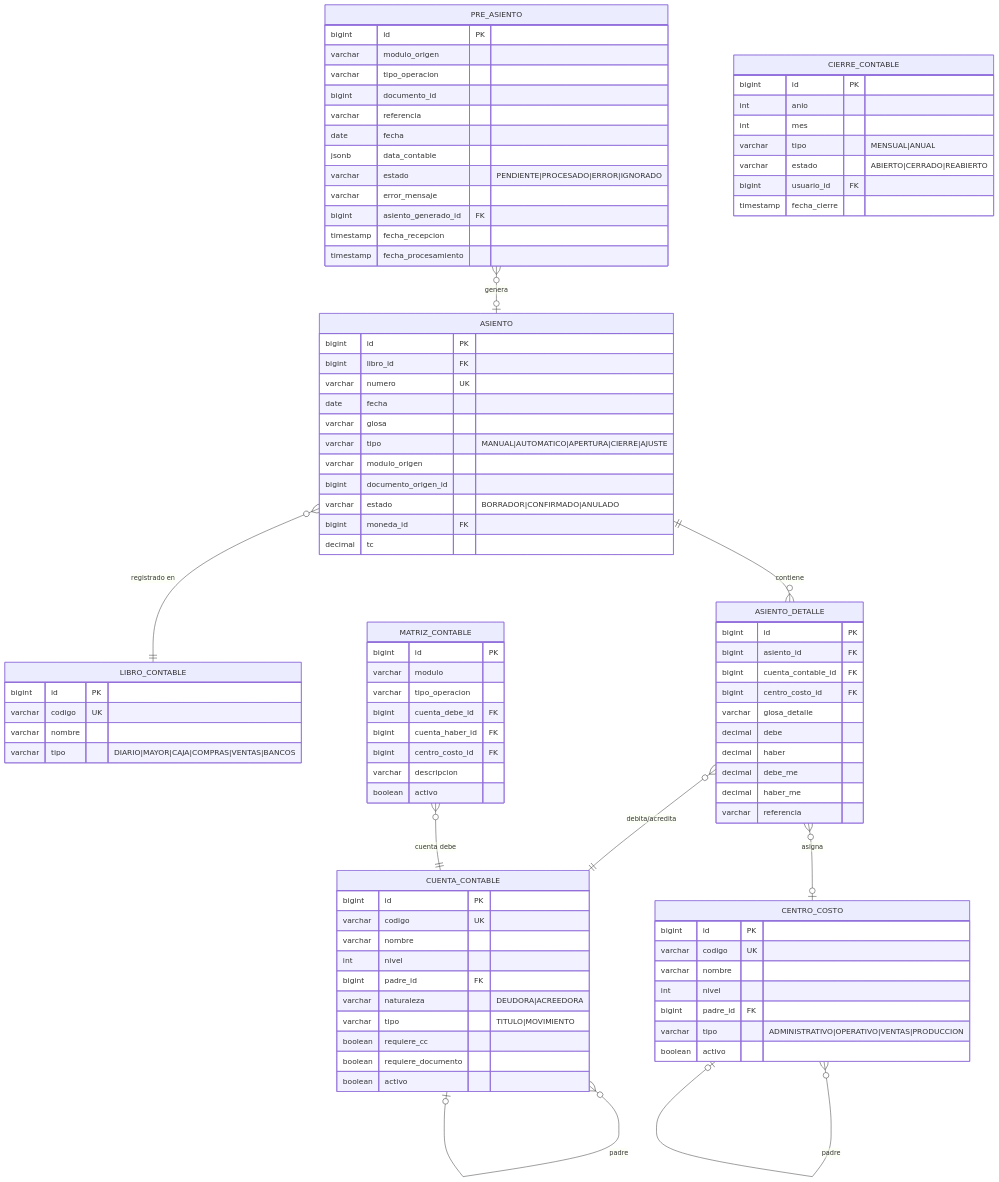
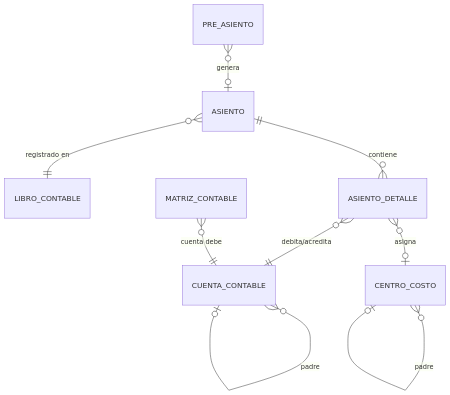
Diagram 25 of 52 in restaurante.pe/ARQUITECTURA_RESTAURANT_PE.md (jramirezch1978/sigre_web), drawn with Mermaid before and after one commit. The commit also changed other lines of this file and 1 other file, not shown here.

Commit message:
refactor: Extraer diseno detallado de BD a DISENO_BASE_DATOS.md - simplificar ER en arquitectura a solo entidades y relaciones

````diff
--- a/restaurante.pe/ARQUITECTURA_RESTAURANT_PE.md
+++ b/restaurante.pe/ARQUITECTURA_RESTAURANT_PE.md
@@ -4854,95 +3849,5 @@
 ```mermaid
 erDiagram
-    CUENTA_CONTABLE {
-        bigint id PK
-
-        varchar codigo UK
-        varchar nombre
-        int nivel
-        bigint padre_id FK
-        varchar naturaleza "DEUDORA|ACREEDORA"
-        varchar tipo "TITULO|MOVIMIENTO"
-        boolean requiere_cc
-        boolean requiere_documento
-        boolean activo
-    }
-    CENTRO_COSTO {
-        bigint id PK
-
-        varchar codigo UK
-        varchar nombre
-        int nivel
-        bigint padre_id FK
-        varchar tipo "ADMINISTRATIVO|OPERATIVO|VENTAS|PRODUCCION"
-        boolean activo
-    }
-    LIBRO_CONTABLE {
-        bigint id PK
-        varchar codigo UK
-        varchar nombre
-        varchar tipo "DIARIO|MAYOR|CAJA|COMPRAS|VENTAS|BANCOS"
-    }
-    ASIENTO {
-        bigint id PK
-
-        bigint libro_id FK
-        varchar numero UK
-        date fecha
-        varchar glosa
-        varchar tipo "MANUAL|AUTOMATICO|APERTURA|CIERRE|AJUSTE"
-        varchar modulo_origen
-        bigint documento_origen_id
-        varchar estado "BORRADOR|CONFIRMADO|ANULADO"
-        bigint moneda_id FK
-        decimal tc
-    }
-    ASIENTO_DETALLE {
-        bigint id PK
-        bigint asiento_id FK
-        bigint cuenta_contable_id FK
-        bigint centro_costo_id FK
-        varchar glosa_detalle
-        decimal debe
-        decimal haber
-        decimal debe_me
-        decimal haber_me
-        varchar referencia
-    }
-    PRE_ASIENTO {
-        bigint id PK
-        varchar modulo_origen
-        varchar tipo_operacion
-        bigint documento_id
-        varchar referencia
-        date fecha
-        jsonb data_contable
-        varchar estado "PENDIENTE|PROCESADO|ERROR|IGNORADO"
-        varchar error_mensaje
-        bigint asiento_generado_id FK
-        timestamp fecha_recepcion
-        timestamp fecha_procesamiento
-    }
-    MATRIZ_CONTABLE {
-        bigint id PK
-
-        varchar modulo
-        varchar tipo_operacion
-        bigint cuenta_debe_id FK
-        bigint cuenta_haber_id FK
-        bigint centro_costo_id FK
-        varchar descripcion
-        boolean activo
-    }
-    CIERRE_CONTABLE {
-        bigint id PK
-
-        int anio
-        int mes
-        varchar tipo "MENSUAL|ANUAL"
-        varchar estado "ABIERTO|CERRADO|REABIERTO"
-        bigint usuario_id FK
-        timestamp fecha_cierre
-    }
     CUENTA_CONTABLE }o--o| CUENTA_CONTABLE : "padre"
     CENTRO_COSTO }o--o| CENTRO_COSTO : "padre"
     ASIENTO }o--|| LIBRO_CONTABLE : "registrado en"
````
